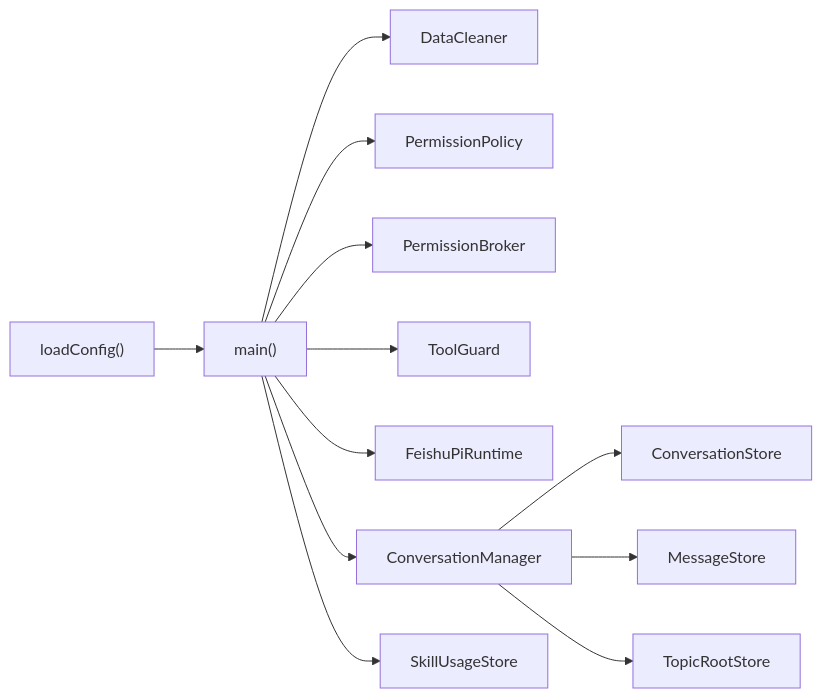
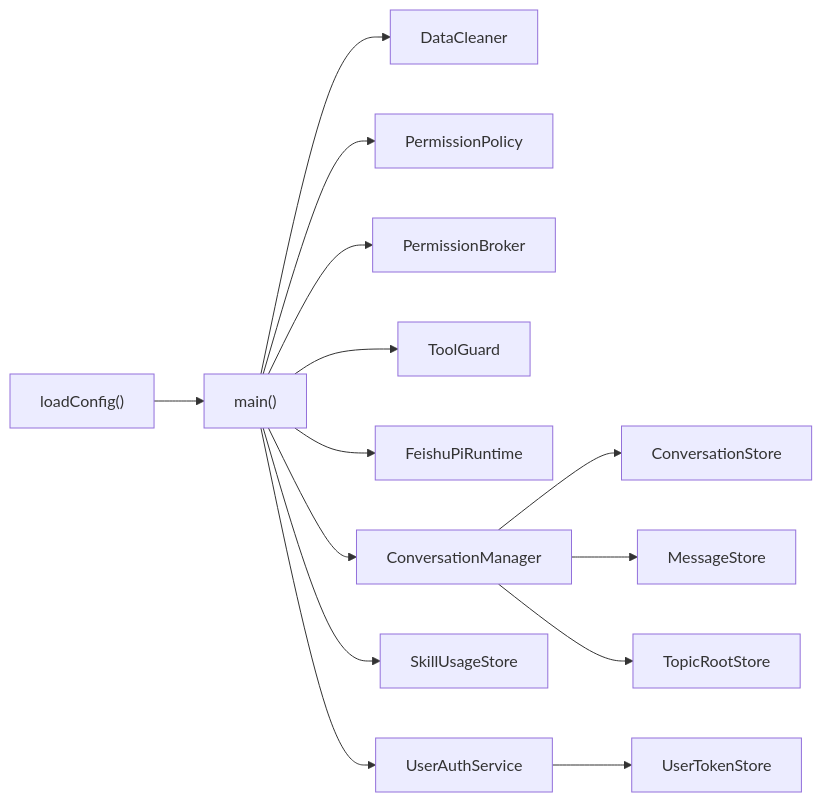
The eighth of 8 diagrams in .qoder/repowiki/zh/content/数据管理/数据管理.md (HeXiaoShu520/feishu-pi), drawn with Mermaid before and after one commit. The commit also changed other lines of this file and 47 other files, not shown here.

````diff
--- a/.qoder/repowiki/zh/content/数据管理/数据管理.md
+++ b/.qoder/repowiki/zh/content/数据管理/数据管理.md
@@ -280,14 +353,16 @@
 ```mermaid
 graph LR
 CFG["loadConfig()"] --> MAIN["main()"]
 MAIN --> CLEANER["DataCleaner"]
 MAIN --> POLICY["PermissionPolicy"]
 MAIN --> BROKER["PermissionBroker"]
 MAIN --> GUARD["ToolGuard"]
 MAIN --> RUNTIME["FeishuPiRuntime"]
 MAIN --> CONV["ConversationManager"]
 CONV --> STORE_CS["ConversationStore"]
 CONV --> STORE_MS["MessageStore"]
 CONV --> STORE_TRS["TopicRootStore"]
 MAIN --> USAGE["SkillUsageStore"]
+MAIN --> USERAUTH["UserAuthService"]
+USERAUTH --> TOKENSTORE["UserTokenStore"]
 ```
````
